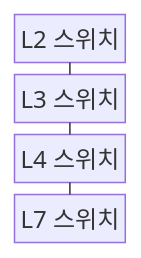
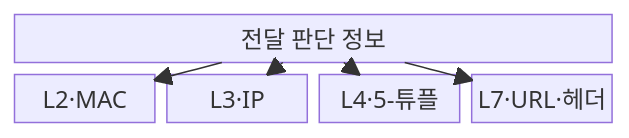
The first of 2 diagrams in src/content/docs/notes/04-network/018_network_switches.md (agnusdei1207/knowledge-base), drawn with Mermaid before and after one commit. The commit also changed other lines of this file and 20 other files, not shown here.

````diff
--- a/src/content/docs/notes/04-network/018_network_switches.md
+++ b/src/content/docs/notes/04-network/018_network_switches.md
@@ -59,11 +59,13 @@
 ```mermaid
 block-beta
-    columns 1
-    A["L2 스위치"]
-    B["L3 스위치"]
-    C["L4 스위치"]
-    D["L7 스위치"]
-    A --- B
-    B --- C
-    C --- D
+    columns 4
+    INFO["전달 판단 정보"]:4
+    L2["L2·MAC"]
+    L3["L3·IP"]
+    L4["L4·5-튜플"]
+    L7["L7·URL·헤더"]
+    INFO --> L2
+    INFO --> L3
+    INFO --> L4
+    INFO --> L7
 ```
````
